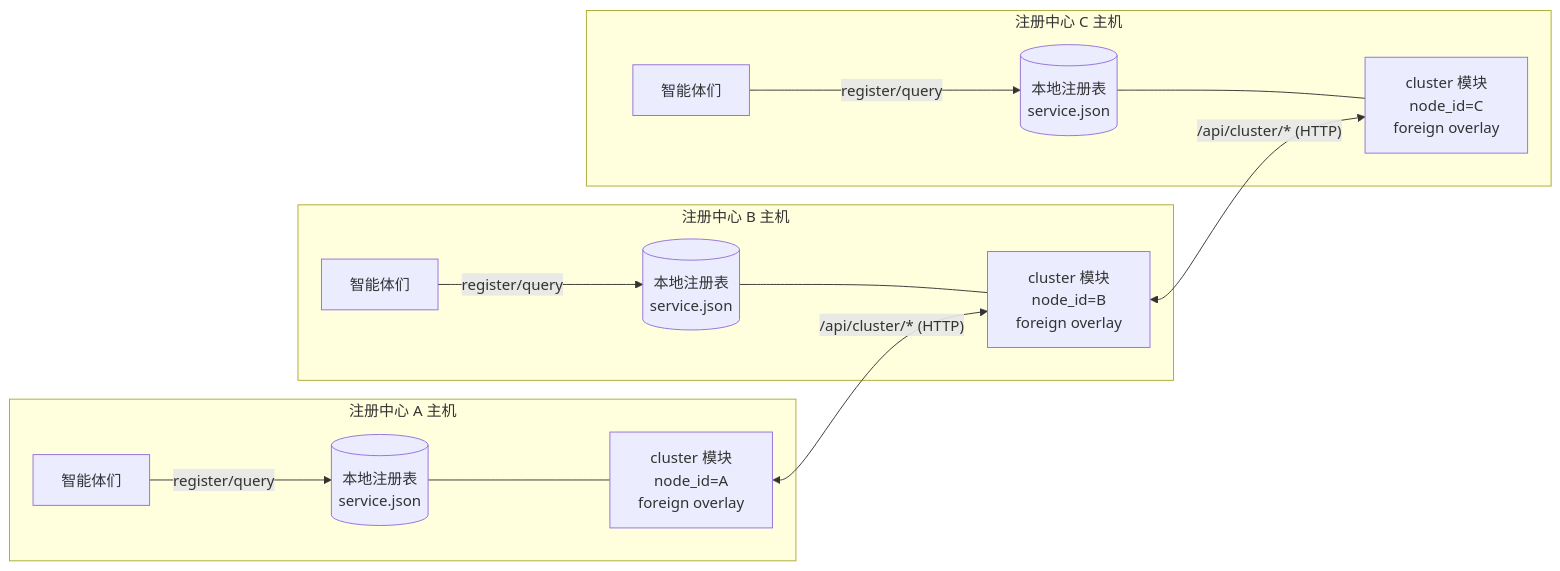
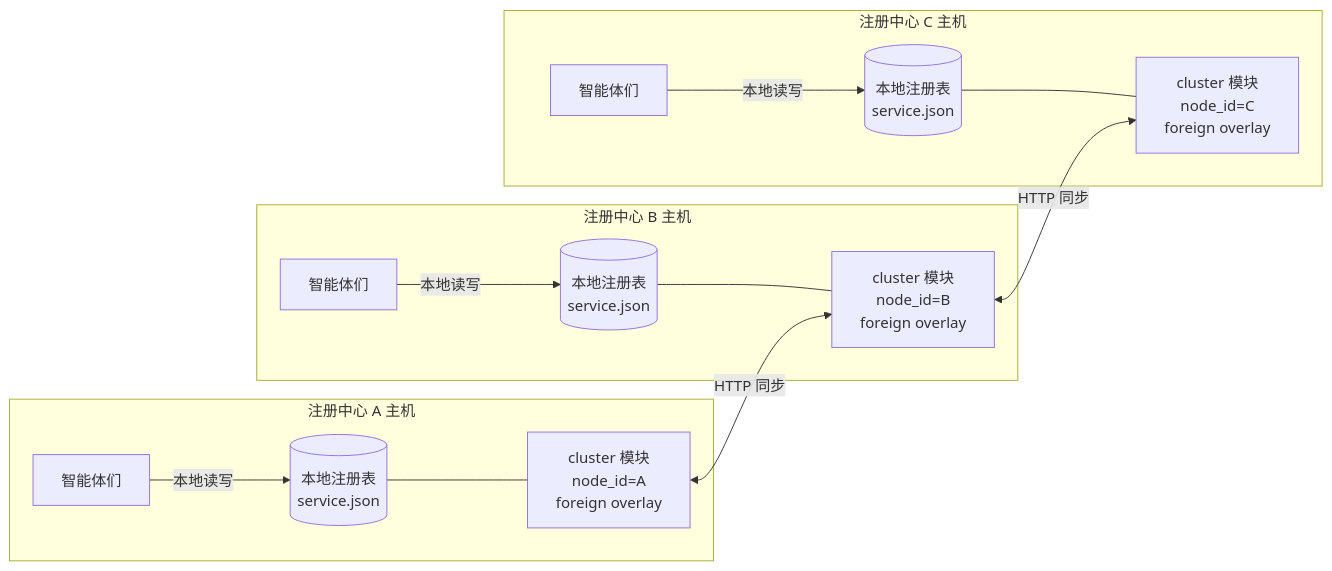
The fifth of 5 diagrams in docs/cluster_design.md (Weizheng96/A2X-registry), drawn with Mermaid before and after one commit. The commit also changed other lines of this file, not shown here.

Commit message:
docs(cluster): fix mermaid rendering in cluster_design.md
The chain sequence diagram used `Note over A,B,C` (mermaid allows at most two
actors) and double quotes in note text, causing a parse error; rewrite it to
show the echo explicitly with two-actor/single-actor notes. Switch the
deployment flowchart to the repo's unquoted node/subgraph style. All five
mermaid blocks now validate with mmdc.

````diff
--- a/docs/cluster_design.md
+++ b/docs/cluster_design.md
@@ -137,17 +138,17 @@
 ```mermaid
 flowchart LR
-    subgraph HA["注册中心 A 主机"]
-        AgA["智能体们"] -->|register/query| RA[("本地注册表<br/>service.json")]
-        RA --- CA["cluster 模块<br/>node_id=A<br/>foreign overlay"]
+    subgraph HA[注册中心 A 主机]
+        AgA[智能体们] -->|本地读写| RA[(本地注册表<br/>service.json)]
+        RA --- CA[cluster 模块<br/>node_id=A<br/>foreign overlay]
     end
-    subgraph HB["注册中心 B 主机"]
-        AgB["智能体们"] -->|register/query| RB[("本地注册表<br/>service.json")]
-        RB --- CB["cluster 模块<br/>node_id=B<br/>foreign overlay"]
+    subgraph HB[注册中心 B 主机]
+        AgB[智能体们] -->|本地读写| RB[(本地注册表<br/>service.json)]
+        RB --- CB[cluster 模块<br/>node_id=B<br/>foreign overlay]
     end
-    subgraph HC["注册中心 C 主机"]
-        AgC["智能体们"] -->|register/query| RC[("本地注册表<br/>service.json")]
-        RC --- CC["cluster 模块<br/>node_id=C<br/>foreign overlay"]
+    subgraph HC[注册中心 C 主机]
+        AgC[智能体们] -->|本地读写| RC[(本地注册表<br/>service.json)]
+        RC --- CC[cluster 模块<br/>node_id=C<br/>foreign overlay]
     end
-    CA <-->|"/api/cluster/* (HTTP)"| CB
-    CB <-->|"/api/cluster/* (HTTP)"| CC
+    CA <-->|HTTP 同步| CB
+    CB <-->|HTTP 同步| CC
 ```
````
